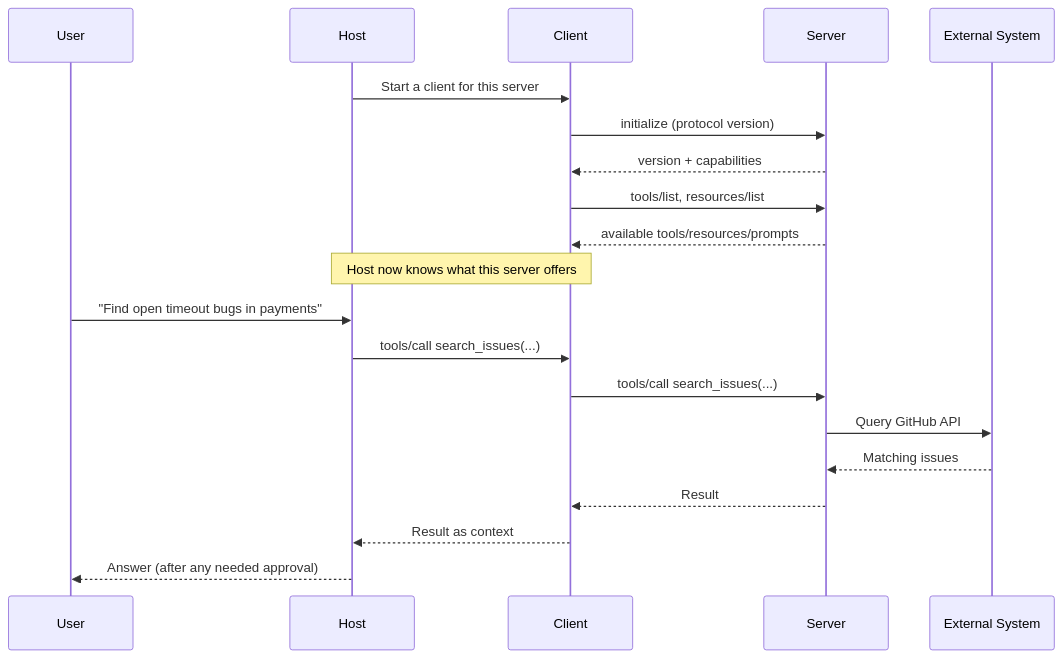
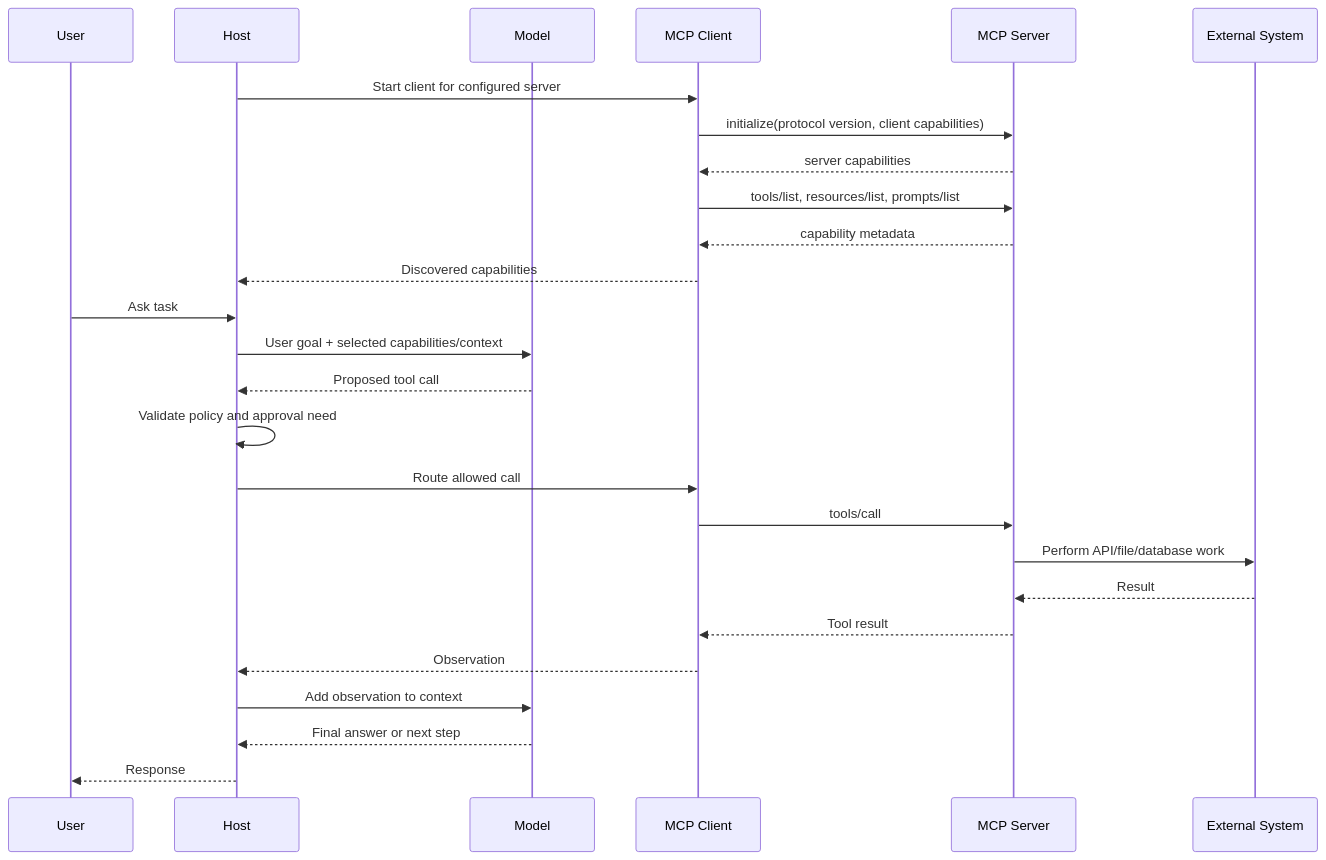
One commit to AceronX/ai-agent-roadmap changed the fifth of 6 diagrams in docs/stages/06-mcp/mcp-hosts-clients-servers/index.md. Above: the diagram before and after it, drawn with Mermaid. The commit also changed other lines of this file, not shown here.

Commit message:
feat: update mcp-hosts-client-servers

````diff
--- a/docs/stages/06-mcp/mcp-hosts-clients-servers/index.md
+++ b/docs/stages/06-mcp/mcp-hosts-clients-servers/index.md
@@ -192,23 +549,29 @@
 ```mermaid
 sequenceDiagram
     participant U as User
     participant H as Host
-    participant C as Client
-    participant S as Server
+    participant M as Model
+    participant C as MCP Client
+    participant S as MCP Server
     participant X as External System
 
-    H->>C: Start a client for this server
-    C->>S: initialize (protocol version)
-    S-->>C: version + capabilities
-    C->>S: tools/list, resources/list
-    S-->>C: available tools/resources/prompts
-    Note over H,C: Host now knows what this server offers
-    U->>H: "Find open timeout bugs in payments"
-    H->>C: tools/call search_issues(...)
-    C->>S: tools/call search_issues(...)
-    S->>X: Query GitHub API
-    X-->>S: Matching issues
-    S-->>C: Result
-    C-->>H: Result as context
-    H-->>U: Answer (after any needed approval)
+    H->>C: Start client for configured server
+    C->>S: initialize(protocol version, client capabilities)
+    S-->>C: server capabilities
+    C->>S: tools/list, resources/list, prompts/list
+    S-->>C: capability metadata
+    C-->>H: Discovered capabilities
+    U->>H: Ask task
+    H->>M: User goal + selected capabilities/context
+    M-->>H: Proposed tool call
+    H->>H: Validate policy and approval need
+    H->>C: Route allowed call
+    C->>S: tools/call
+    S->>X: Perform API/file/database work
+    X-->>S: Result
+    S-->>C: Tool result
+    C-->>H: Observation
+    H->>M: Add observation to context
+    M-->>H: Final answer or next step
+    H-->>U: Response
 ```
````
